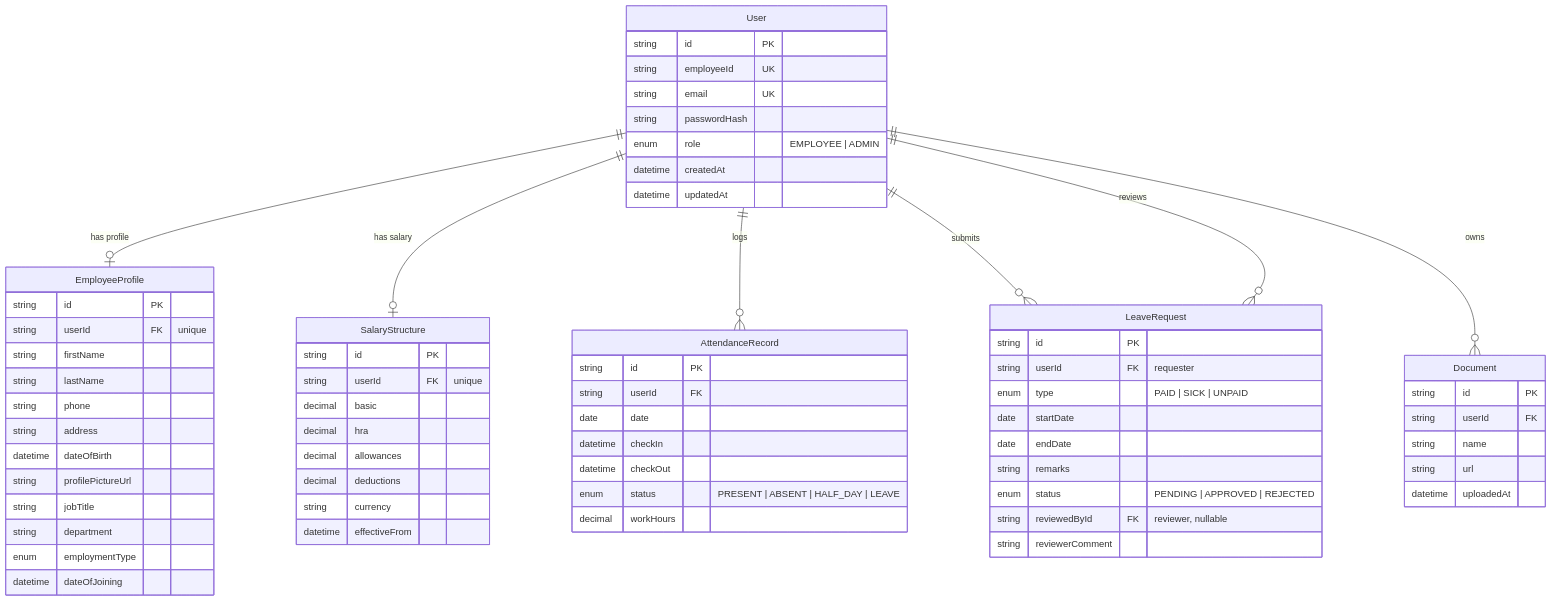
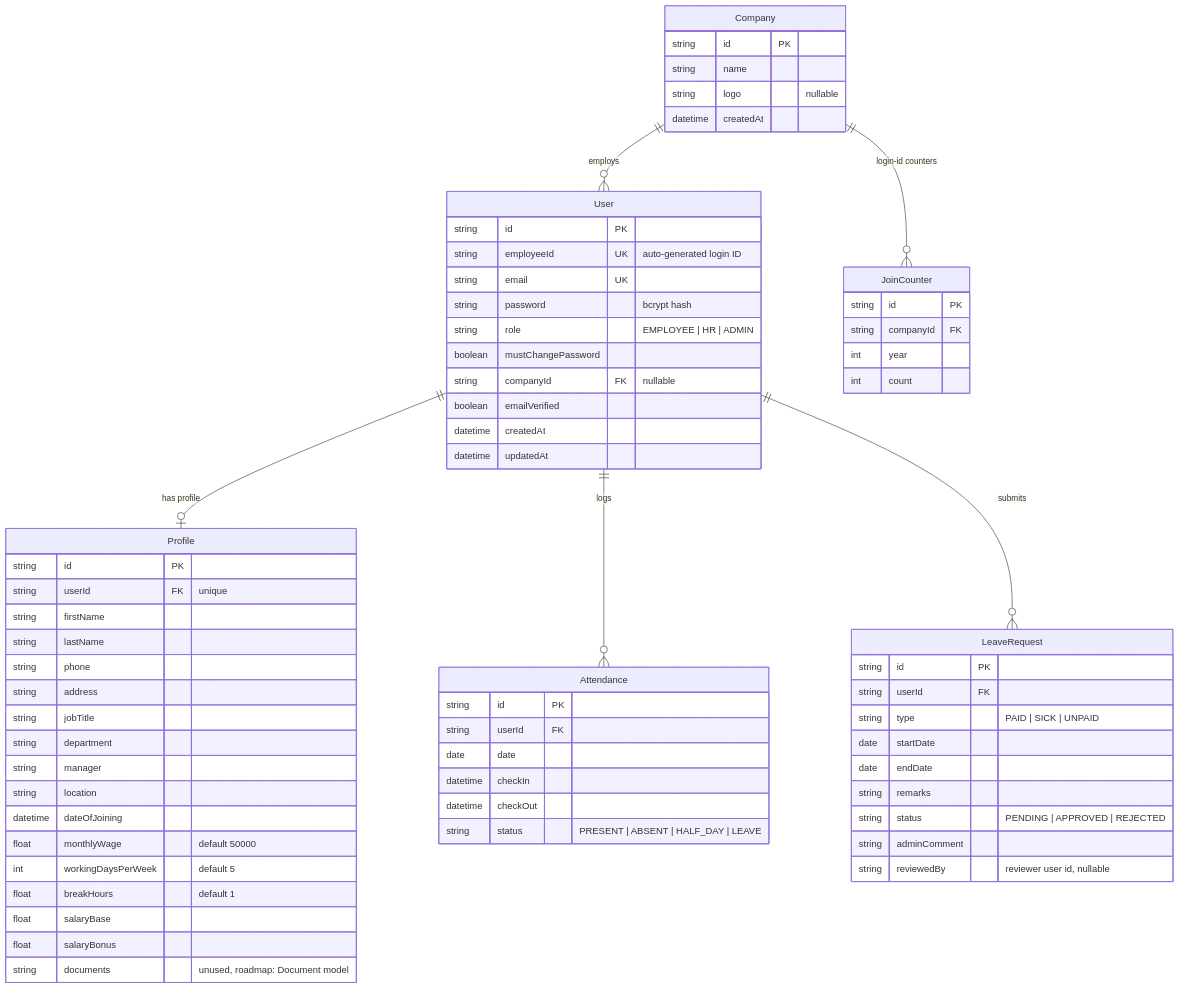
Before and after one commit to Hanzala044/odoo-hackathon-: the second of 2 diagrams in plan.md, drawn with Mermaid. The commit also changed other lines of this file, not shown here.

````diff
--- a/plan.md
+++ b/plan.md
@@ -131,70 +138,71 @@
 ```mermaid
 erDiagram
-    User ||--o| EmployeeProfile : "has profile"
-    User ||--o| SalaryStructure : "has salary"
-    User ||--o{ AttendanceRecord : "logs"
+    Company ||--o{ User : "employs"
+    Company ||--o{ JoinCounter : "login-id counters"
+    User ||--o| Profile : "has profile"
+    User ||--o{ Attendance : "logs"
     User ||--o{ LeaveRequest : "submits"
-    User ||--o{ LeaveRequest : "reviews"
-    User ||--o{ Document : "owns"
 
+    Company {
+        string id PK
+        string name
+        string logo "nullable"
+        datetime createdAt
+    }
+    JoinCounter {
+        string id PK
+        string companyId FK
+        int year
+        int count
+    }
     User {
         string id PK
-        string employeeId UK
+        string employeeId UK "auto-generated login ID"
         string email UK
-        string passwordHash
-        enum role "EMPLOYEE | ADMIN"
+        string password "bcrypt hash"
+        string role "EMPLOYEE | HR | ADMIN"
+        boolean mustChangePassword
+        string companyId FK "nullable"
+        boolean emailVerified
         datetime createdAt
         datetime updatedAt
     }
-    EmployeeProfile {
+    Profile {
         string id PK
         string userId FK "unique"
         string firstName
         string lastName
         string phone
         string address
-        datetime dateOfBirth
-        string profilePictureUrl
         string jobTitle
         string department
-        enum employmentType
+        string manager
+        string location
         datetime dateOfJoining
+        float monthlyWage "default 50000"
+        int workingDaysPerWeek "default 5"
+        float breakHours "default 1"
+        float salaryBase
+        float salaryBonus
+        string documents "unused, roadmap: Document model"
     }
-    SalaryStructure {
-        string id PK
-        string userId FK "unique"
-        decimal basic
-        decimal hra
-        decimal allowances
-        decimal deductions
-        string currency
-        datetime effectiveFrom
-    }
-    AttendanceRecord {
+    Attendance {
         string id PK
         string userId FK
         date date
         datetime checkIn
         datetime checkOut
-        enum status "PRESENT | ABSENT | HALF_DAY | LEAVE"
-        decimal workHours
+        string status "PRESENT | ABSENT | HALF_DAY | LEAVE"
     }
     LeaveRequest {
         string id PK
-        string userId FK "requester"
-        enum type "PAID | SICK | UNPAID"
+        string userId FK
+        string type "PAID | SICK | UNPAID"
         date startDate
         date endDate
         string remarks
-        enum status "PENDING | APPROVED | REJECTED"
-        string reviewedById FK "reviewer, nullable"
-        string reviewerComment
-    }
-    Document {
-        string id PK
-        string userId FK
-        string name
-        string url
-        datetime uploadedAt
+        string status "PENDING | APPROVED | REJECTED"
+        string adminComment
+        string reviewedBy "reviewer user id, nullable"
     }
 ```
````
